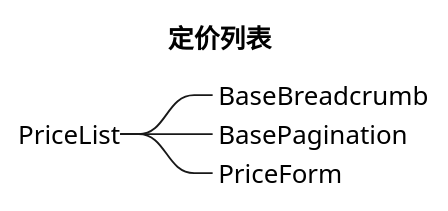
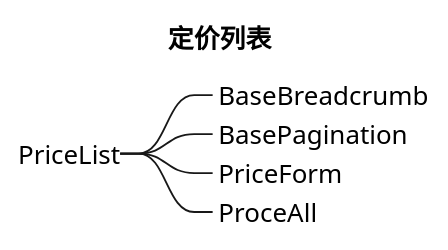
The first of 2 diagrams in docs/diagram/price/price.puml (futurekidult/product), drawn with PlantUML before and after one commit. The commit also changed other lines of this file and 13 other files, not shown here.

```diff
--- a/docs/diagram/price/price.puml
+++ b/docs/diagram/price/price.puml
@@ -1,9 +1,10 @@
 @startmindmap
 title 定价列表
 
 +_ PriceList
 ++_ BaseBreadcrumb
 ++_ BasePagination
 ++_ PriceForm
+++_ ProceAll
 
 @endmindmap
```
